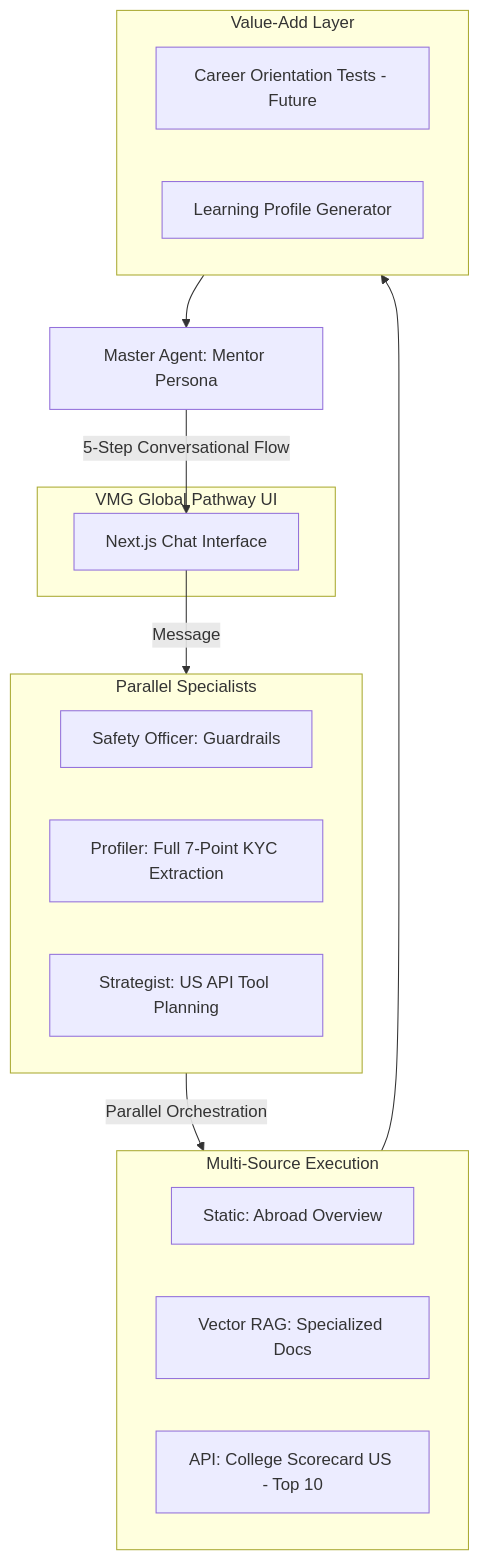
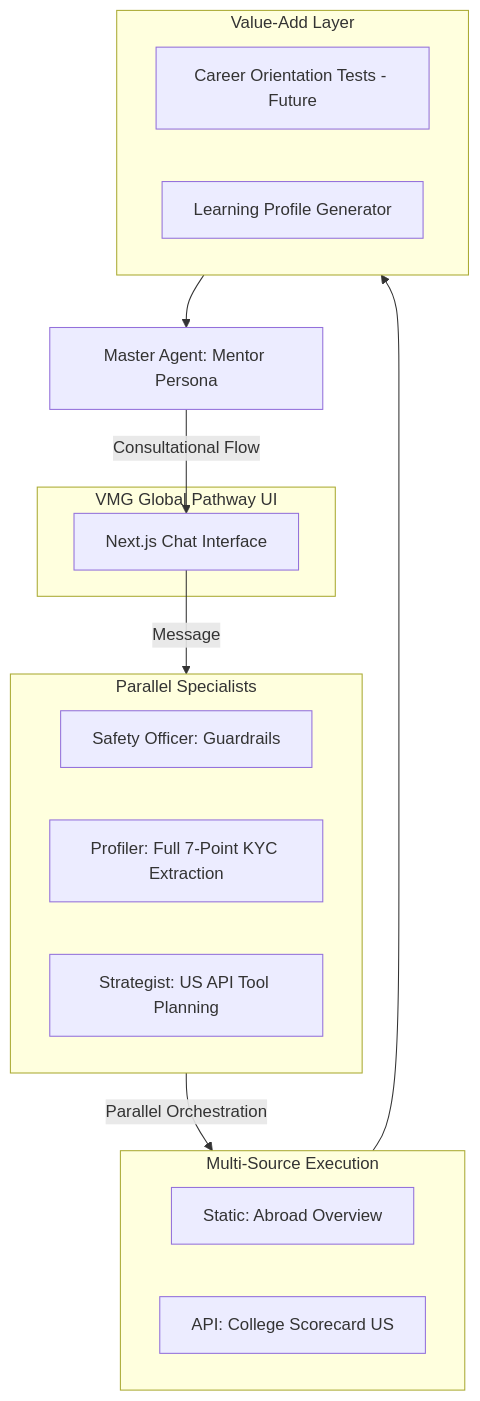
Before and after one commit to DragonL57/vmg_chatbot: the second of 2 diagrams in README.md, drawn with Mermaid. The commit also changed other lines of this file, not shown here.

Commit message:
refactor: Update README to enhance clarity on system architecture and features; remove RAG references and improve knowledge management section

````diff
--- a/README.md
+++ b/README.md
@@ -38,29 +37,28 @@
 ```mermaid
 graph TD
     subgraph Abroad_UI [VMG Global Pathway UI]
         UI2[Next.js Chat Interface]
     end
 
     subgraph Abroad_Intelligence [Parallel Specialists]
         SA2[Safety Officer: Guardrails]
         PR2[Profiler: Full 7-Point KYC Extraction]
         ST2[Strategist: US API Tool Planning]
     end
 
     subgraph Abroad_Execution [Multi-Source Execution]
         SK2[Static: Abroad Overview]
-        RE2[Vector RAG: Specialized Docs]
-        EX2[API: College Scorecard US - Top 10]
+        EX2[API: College Scorecard US]
     end
 
     subgraph Abroad_Engagement [Value-Add Layer]
         VT[Career Orientation Tests - Future]
         LP[Learning Profile Generator]
     end
 
     UI2 -->|Message| Abroad_Intelligence
     Abroad_Intelligence -->|Parallel Orchestration| Abroad_Execution
     Abroad_Execution --> Abroad_Engagement
     Abroad_Engagement --> MS2[Master Agent: Mentor Persona]
-    MS2 -->|5-Step Conversational Flow| UI2
+    MS2 -->|Consultational Flow| UI2
 ```
````
